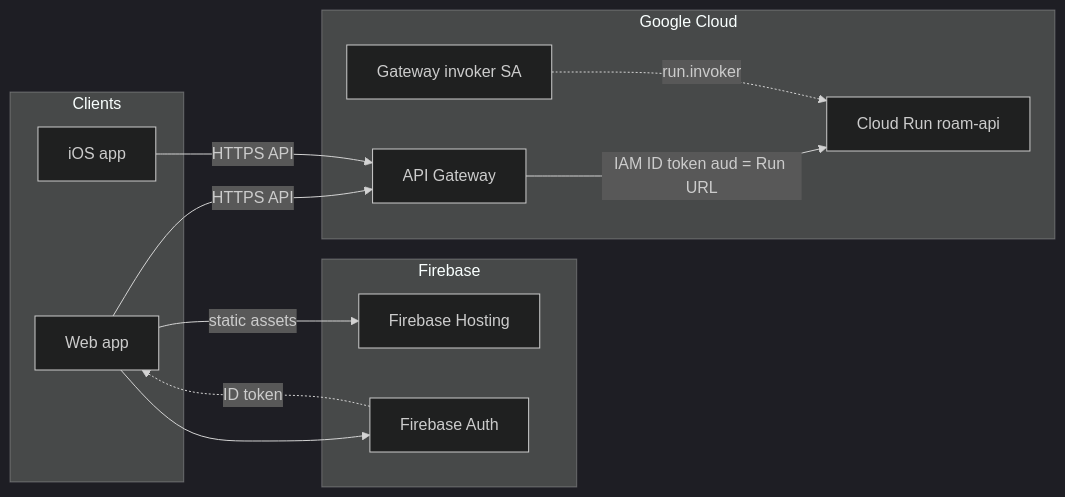
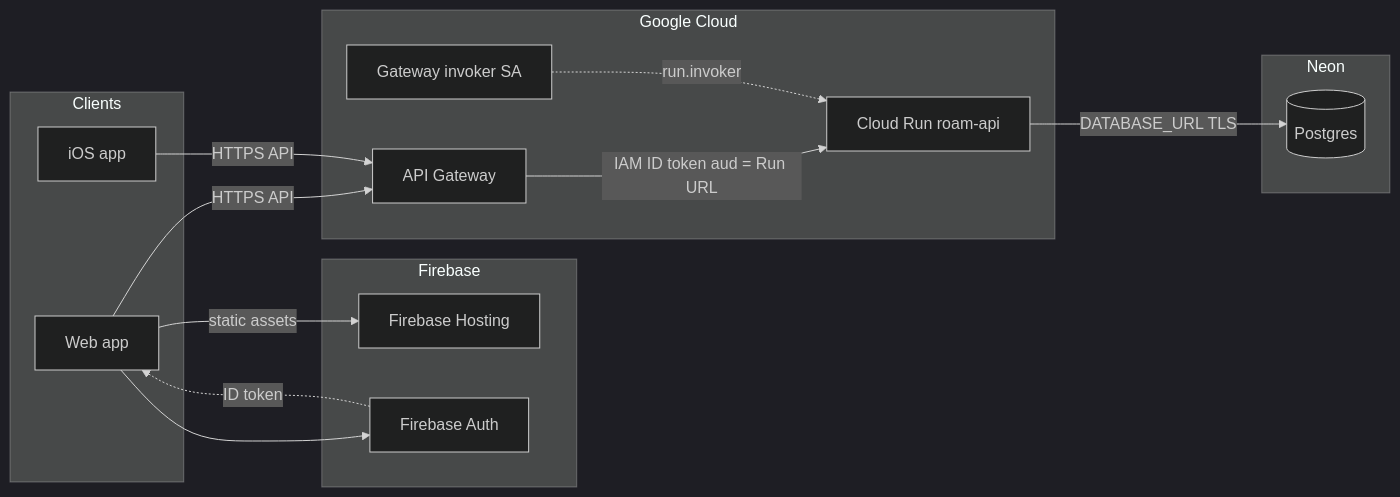
Before and after one commit to Tyler3D/Roam: the diagram in docs/ARCHITECTURE.md, drawn with Mermaid (dark theme). The commit also changed other lines of this file and 2 other files, not shown here.

Commit message:
Document OpenAPI, update ERD, and archiecture doc

````diff
--- a/docs/ARCHITECTURE.md
+++ b/docs/ARCHITECTURE.md
@@ -9,23 +11,27 @@
 ```mermaid
 flowchart LR
   subgraph clients [Clients]
     Web[Web app]
     iOS[iOS app]
   end
   subgraph firebase [Firebase]
     FH[Firebase Hosting]
     FA[Firebase Auth]
   end
   subgraph gcp [Google Cloud]
     AG[API Gateway]
     CR[Cloud Run roam-api]
     SA[Gateway invoker SA]
   end
+  subgraph neon [Neon]
+    PG[(Postgres)]
+  end
   Web -->|static assets| FH
   Web --> FA
   FA -.->|ID token| Web
   Web -->|HTTPS API| AG
   iOS -->|HTTPS API| AG
   AG -->|IAM ID token aud = Run URL| CR
   SA -.->|run.invoker| CR
+  CR -->|DATABASE_URL TLS| PG
 ```
````
